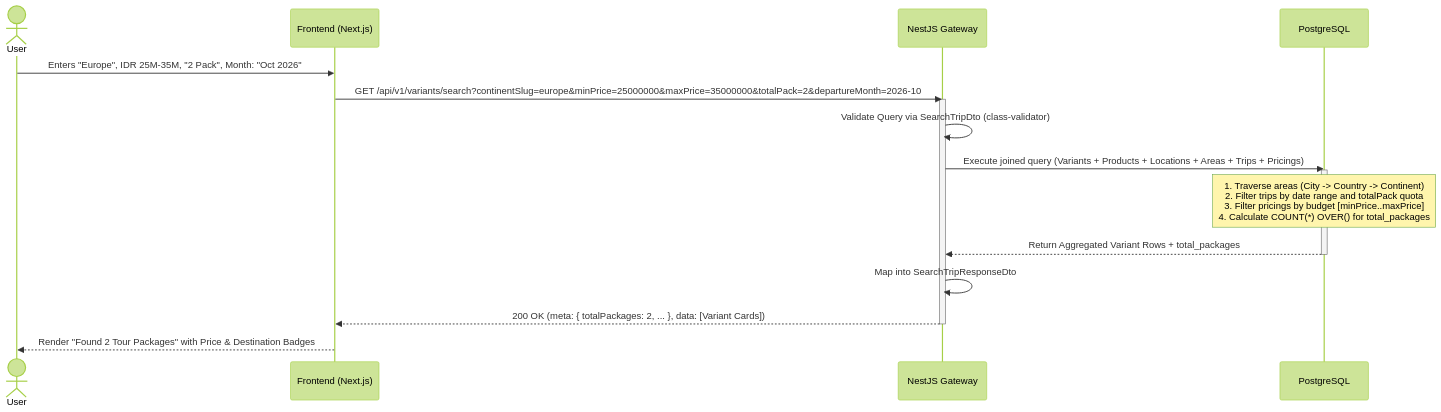
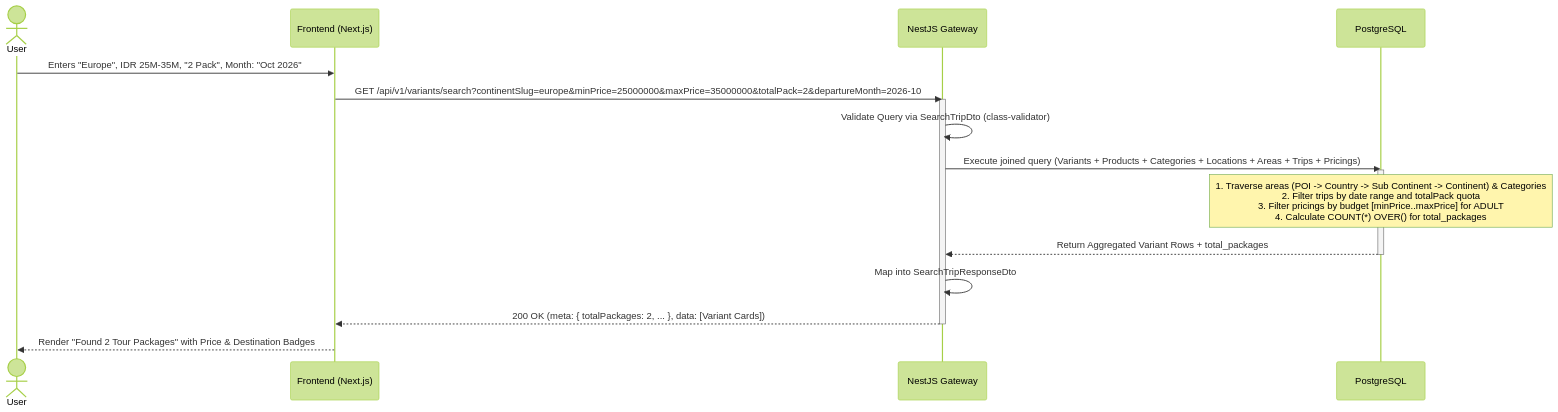
Before and after one commit to Haris-saifudin/hobiholidays-documentations: the first of 2 diagrams in technical/product-search-filter-technical-design.md, drawn with Mermaid (forest theme). The commit also changed other lines of this file and 3 other files, not shown here.

````diff
--- a/technical/product-search-filter-technical-design.md
+++ b/technical/product-search-filter-technical-design.md
@@ -612,25 +678,25 @@
 ```mermaid
 sequenceDiagram
     actor User
     participant WebUI as Frontend (Next.js)
     participant API as NestJS Gateway
     participant DB as PostgreSQL
 
     User->>WebUI: Enters "Europe", IDR 25M-35M, "2 Pack", Month: "Oct 2026"
     WebUI->>API: GET /api/v1/variants/search?continentSlug=europe&minPrice=25000000&maxPrice=35000000&totalPack=2&departureMonth=2026-10
 
     activate API
     API->>API: Validate Query via SearchTripDto (class-validator)
-    API->>DB: Execute joined query (Variants + Products + Locations + Areas + Trips + Pricings)
+    API->>DB: Execute joined query (Variants + Products + Categories + Locations + Areas + Trips + Pricings)
 
     activate DB
-    Note over DB: 1. Traverse areas (City -> Country -> Continent)<br/>2. Filter trips by date range and totalPack quota<br/>3. Filter pricings by budget [minPrice..maxPrice]<br/>4. Calculate COUNT(*) OVER() for total_packages
+    Note over DB: 1. Traverse areas (POI -> Country -> Sub Continent -> Continent) & Categories<br/>2. Filter trips by date range and totalPack quota<br/>3. Filter pricings by budget [minPrice..maxPrice] for ADULT<br/>4. Calculate COUNT(*) OVER() for total_packages
     DB-->>API: Return Aggregated Variant Rows + total_packages
     deactivate DB
 
     API->>API: Map into SearchTripResponseDto
     API-->>WebUI: 200 OK (meta: { totalPackages: 2, ... }, data: [Variant Cards])
     deactivate API
 
     WebUI-->>User: Render "Found 2 Tour Packages" with Price & Destination Badges
 ```
````
